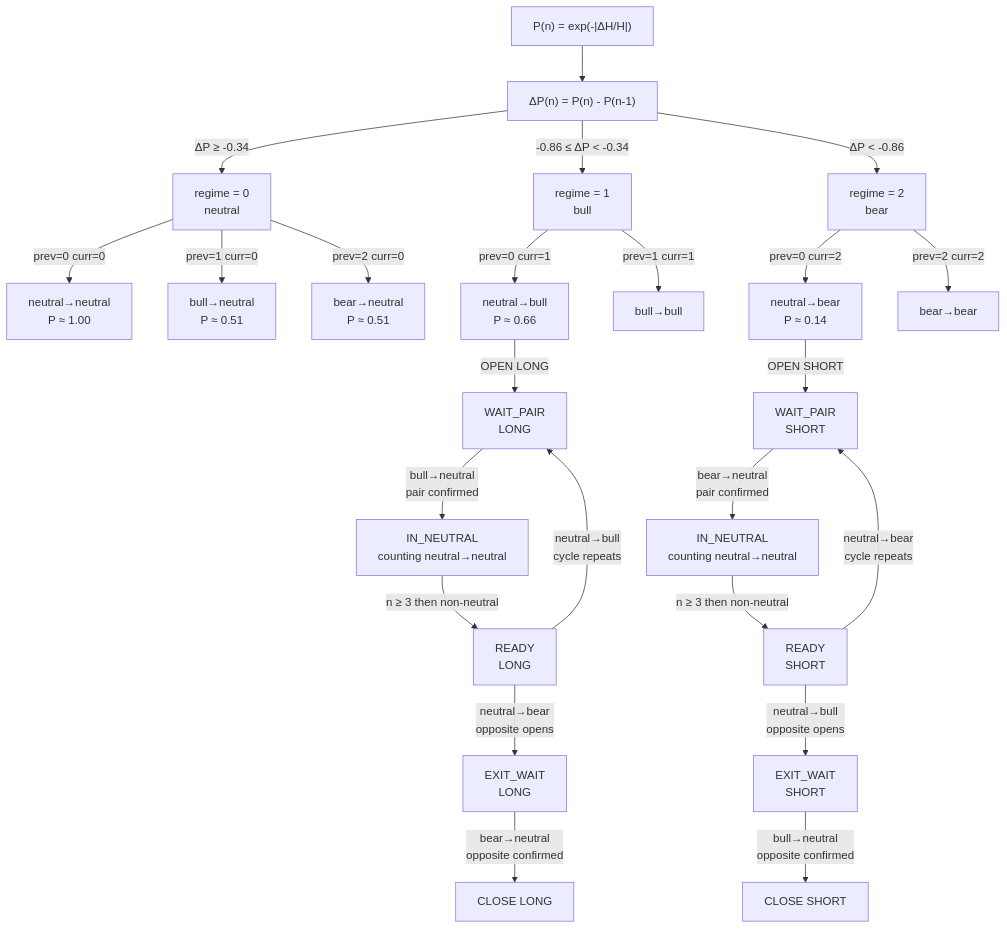
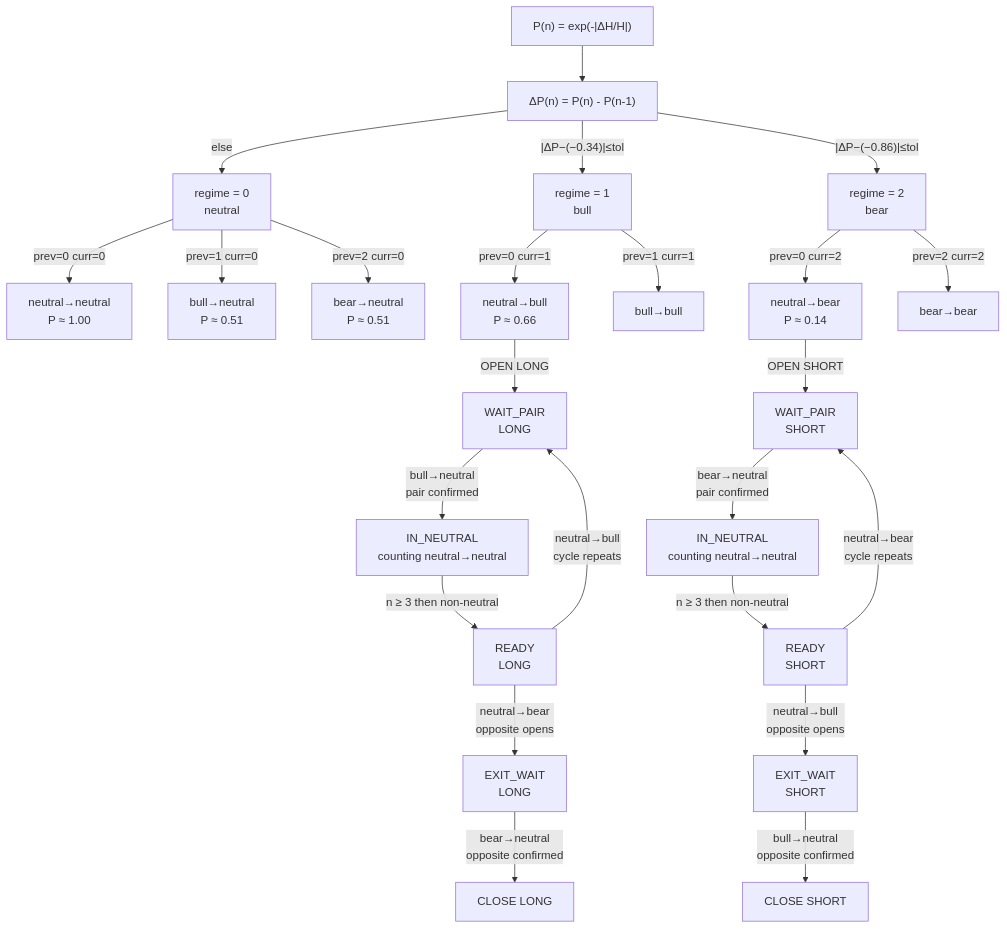
The fifth of 5 diagrams in structural_probability.md (quantiota/SKA-Binance--API), drawn with Mermaid before and after one commit. The commit also changed other lines of this file, not shown here.

````diff
--- a/structural_probability.md
+++ b/structural_probability.md
@@ -348,38 +342,38 @@
 ```mermaid
 flowchart TD
     P["P(n) = exp(-|ΔH/H|)"]
     DP["ΔP(n) = P(n) - P(n-1)"]
 
     P --> DP
 
-    DP -->|"ΔP ≥ -0.34"| N["regime = 0\nneutral"]
-    DP -->|"-0.86 ≤ ΔP < -0.34"| B["regime = 1\nbull"]
-    DP -->|"ΔP < -0.86"| R["regime = 2\nbear"]
+    DP -->|"|ΔP−(−0.34)|≤tol"| B["regime = 1\nbull"]
+    DP -->|"|ΔP−(−0.86)|≤tol"| R["regime = 2\nbear"]
+    DP -->|"else"| N["regime = 0\nneutral"]
 
     N -->|"prev=0 curr=0"| T0["neutral→neutral\nP ≈ 1.00"]
     N -->|"prev=1 curr=0"| T1["bull→neutral\nP ≈ 0.51"]
     N -->|"prev=2 curr=0"| T2["bear→neutral\nP ≈ 0.51"]
 
     B -->|"prev=0 curr=1"| T3["neutral→bull\nP ≈ 0.66"]
     B -->|"prev=1 curr=1"| T4["bull→bull"]
 
     R -->|"prev=0 curr=2"| T5["neutral→bear\nP ≈ 0.14"]
     R -->|"prev=2 curr=2"| T6["bear→bear"]
 
     T3 -->|"OPEN LONG"| WAIT_PAIR_L["WAIT_PAIR\nLONG"]
     T5 -->|"OPEN SHORT"| WAIT_PAIR_S["WAIT_PAIR\nSHORT"]
 
     WAIT_PAIR_L -->|"bull→neutral\npair confirmed"| IN_N_L["IN_NEUTRAL\ncounting neutral→neutral"]
     WAIT_PAIR_S -->|"bear→neutral\npair confirmed"| IN_N_S["IN_NEUTRAL\ncounting neutral→neutral"]
 
     IN_N_L -->|"n ≥ 3 then non-neutral"| READY_L["READY\nLONG"]
     IN_N_S -->|"n ≥ 3 then non-neutral"| READY_S["READY\nSHORT"]
 
     READY_L -->|"neutral→bull\ncycle repeats"| WAIT_PAIR_L
     READY_L -->|"neutral→bear\nopposite opens"| EXIT_L["EXIT_WAIT\nLONG"]
     EXIT_L -->|"bear→neutral\nopposite confirmed"| CLOSE_L["CLOSE LONG"]
 
     READY_S -->|"neutral→bear\ncycle repeats"| WAIT_PAIR_S
     READY_S -->|"neutral→bull\nopposite opens"| EXIT_S["EXIT_WAIT\nSHORT"]
     EXIT_S -->|"bull→neutral\nopposite confirmed"| CLOSE_S["CLOSE SHORT"]
 ```
````
